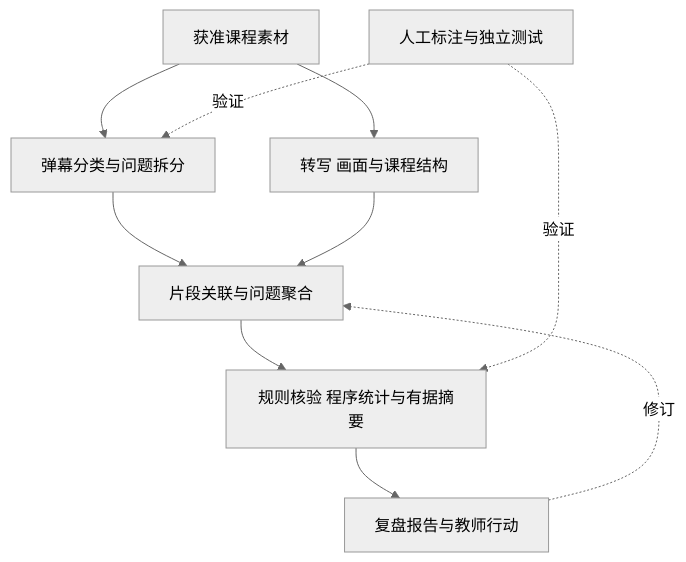
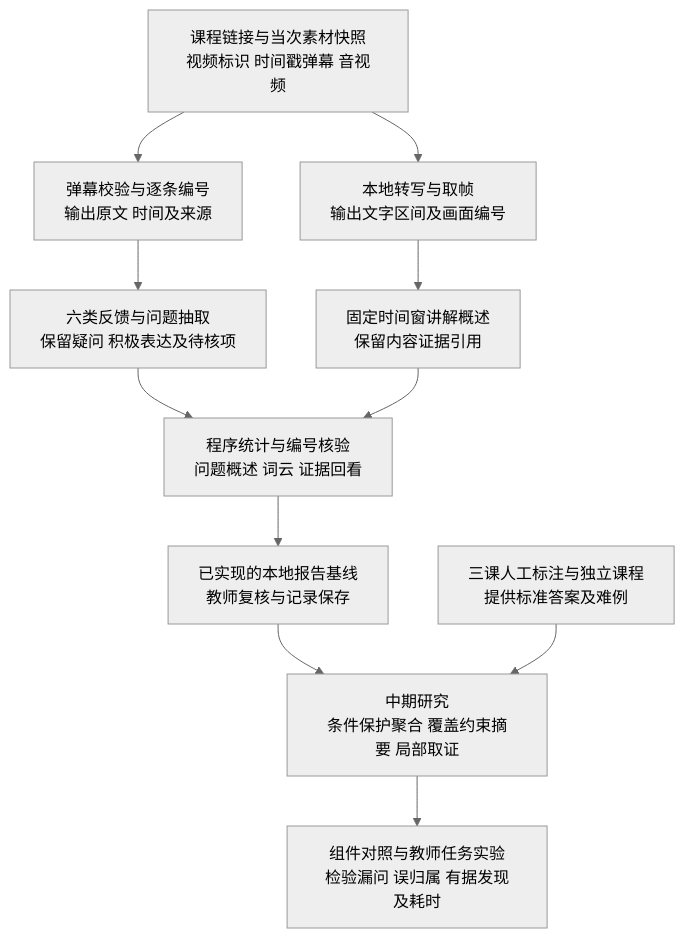
The diagram in project-materials/04_申报与答辩/申报支撑/研究技术路线.mmd (Hyhyhyyy/course-feedback), drawn with Mermaid (neutral theme) before and after one commit. The commit also changed 9 other files, not shown here.

```diff
--- a/project-materials/04_申报与答辩/申报支撑/研究技术路线.mmd
+++ b/project-materials/04_申报与答辩/申报支撑/研究技术路线.mmd
@@ -1,10 +1,11 @@
 flowchart TB
- A["获准课程素材"] --> B["弹幕分类与问题拆分"]
- A --> C["转写 画面与课程结构"]
- B --> D["片段关联与问题聚合"]
- C --> D
- D --> E["规则核验 程序统计与有据摘要"]
- E --> F["复盘报告与教师行动"]
- F -.修订.-> D
- K["人工标注与独立测试"] -.验证.-> B
- K -.验证.-> E
+ A["课程链接与当次素材快照<br/>视频标识 时间戳弹幕 音视频"] --> B["弹幕校验与逐条编号<br/>输出原文 时间及来源"]
+ A --> C["本地转写与取帧<br/>输出文字区间及画面编号"]
+ B --> D["六类反馈与问题抽取<br/>保留疑问 积极表达及待核项"]
+ C --> E["固定时间窗讲解概述<br/>保留内容证据引用"]
+ D --> F["程序统计与编号核验<br/>问题概述 词云 证据回看"]
+ E --> F
+ F --> G["已实现的本地报告基线<br/>教师复核与记录保存"]
+ G --> H["中期研究<br/>条件保护聚合 覆盖约束摘要 局部取证"]
+ I["三课人工标注与独立课程<br/>提供标准答案及难例"] --> H
+ H --> J["组件对照与教师任务实验<br/>检验漏问 误归属 有据发现及耗时"]
```
